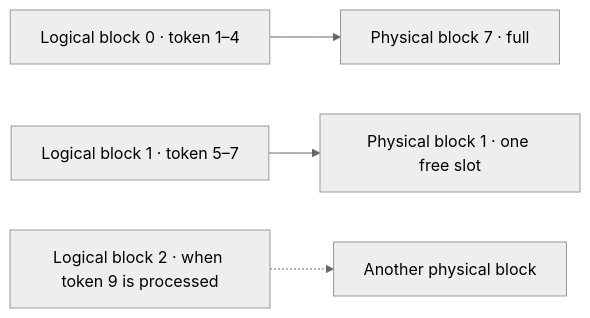
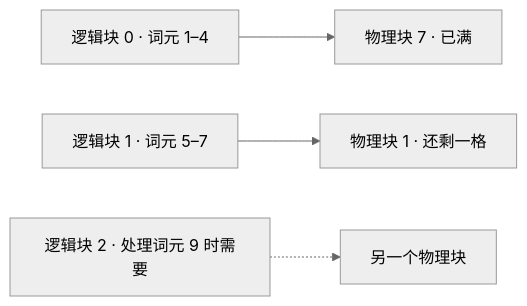
The first of 2 diagrams in ai-engineering/systems/llm-serving-and-kv-cache.md (Negronii/MyNotes), drawn with Mermaid (neutral theme) before and after one commit. The commit also changed other lines of this file and 6 other files, not shown here.

````diff
--- a/ai-engineering/systems/llm-serving-and-kv-cache.md
+++ b/ai-engineering/systems/llm-serving-and-kv-cache.md
@@ -38,6 +47,6 @@
-~~~mermaid
+```mermaid
 flowchart LR
-    L0["Logical block 0 · token 1–4"] --> P7["Physical block 7 · full"]
-    L1["Logical block 1 · token 5–7"] --> P1["Physical block 1 · one free slot"]
-    L2["Logical block 2 · when token 9 is processed"] -.-> P3["Another physical block"]
-~~~
+    L0["逻辑块 0 · 词元 1–4"] --> P7["物理块 7 · 已满"]
+    L1["逻辑块 1 · 词元 5–7"] --> P1["物理块 1 · 还剩一格"]
+    L2["逻辑块 2 · 处理词元 9 时需要"] -.-> P3["另一个物理块"]
+```
````
